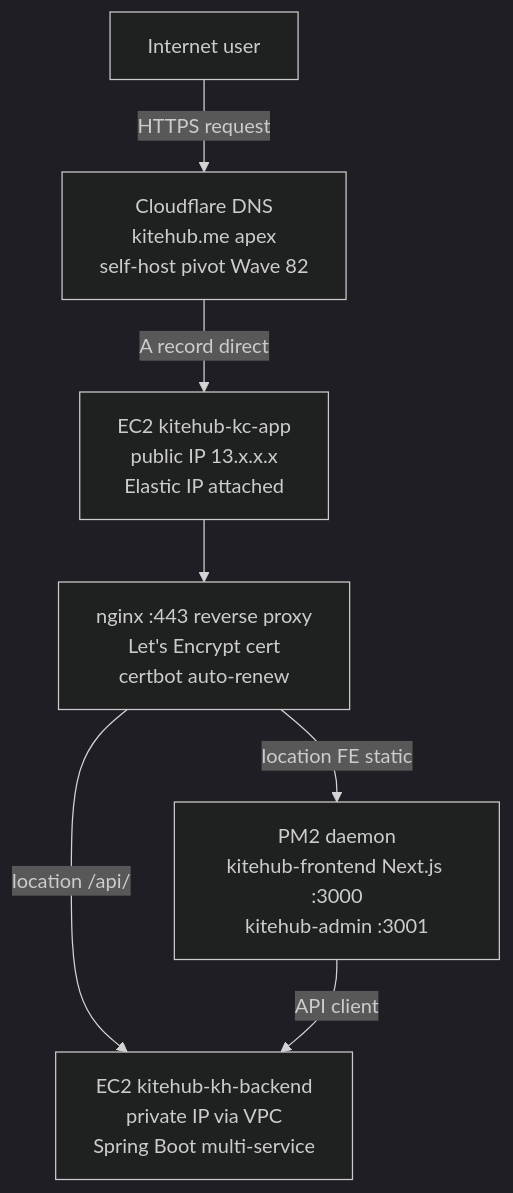
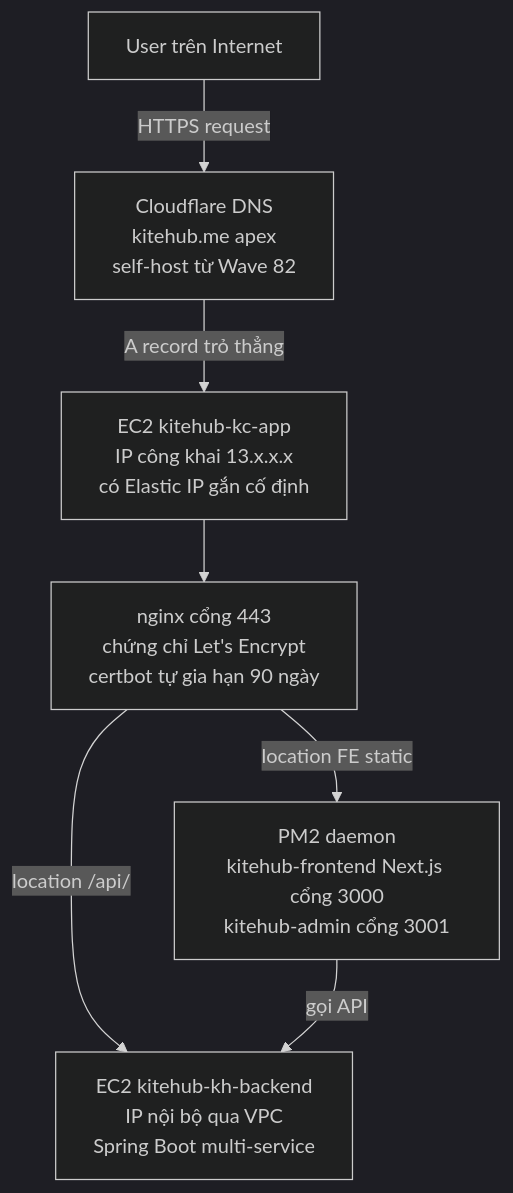
The third of 3 diagrams in documents/02-architecture/alb-architecture.md (VictorAurelius/2026-Kite-Class-Platform), drawn with Mermaid (dark theme) before and after one commit. The commit also changed other lines of this file and 1 other file, not shown here.

First line of the commit message:
docs(architecture): ALB report — Vietnamese narrative refresh per dev feedback

````diff
--- a/documents/02-architecture/alb-architecture.md
+++ b/documents/02-architecture/alb-architecture.md
@@ -99,16 +99,16 @@
 ```mermaid
 flowchart TB
-    User[Internet user]
-    CF[Cloudflare DNS<br/>kitehub.me apex<br/>self-host pivot Wave 82]
-    EC2[EC2 kitehub-kc-app<br/>public IP 13.x.x.x<br/>Elastic IP attached]
-    Nginx[nginx :443 reverse proxy<br/>Let's Encrypt cert<br/>certbot auto-renew]
-    PM2[PM2 daemon<br/>kitehub-frontend Next.js :3000<br/>kitehub-admin :3001]
-    BE[EC2 kitehub-kh-backend<br/>private IP via VPC<br/>Spring Boot multi-service]
+    User[User trên Internet]
+    CF[Cloudflare DNS<br/>kitehub.me apex<br/>self-host từ Wave 82]
+    EC2[EC2 kitehub-kc-app<br/>IP công khai 13.x.x.x<br/>có Elastic IP gắn cố định]
+    Nginx[nginx cổng 443<br/>chứng chỉ Let's Encrypt<br/>certbot tự gia hạn 90 ngày]
+    PM2[PM2 daemon<br/>kitehub-frontend Next.js cổng 3000<br/>kitehub-admin cổng 3001]
+    BE[EC2 kitehub-kh-backend<br/>IP nội bộ qua VPC<br/>Spring Boot multi-service]
 
     User -->|HTTPS request| CF
-    CF -->|A record direct| EC2
+    CF -->|A record trỏ thẳng| EC2
     EC2 --> Nginx
     Nginx -->|location FE static| PM2
     Nginx -->|location /api/| BE
-    PM2 -->|API client| BE
+    PM2 -->|gọi API| BE
 ```
````
